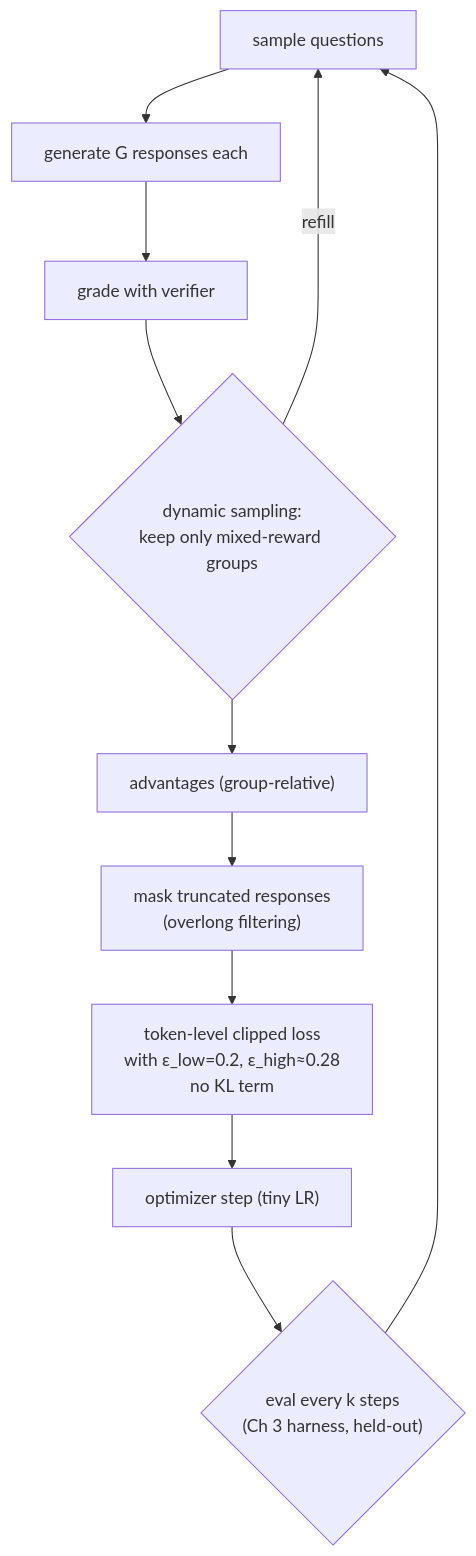
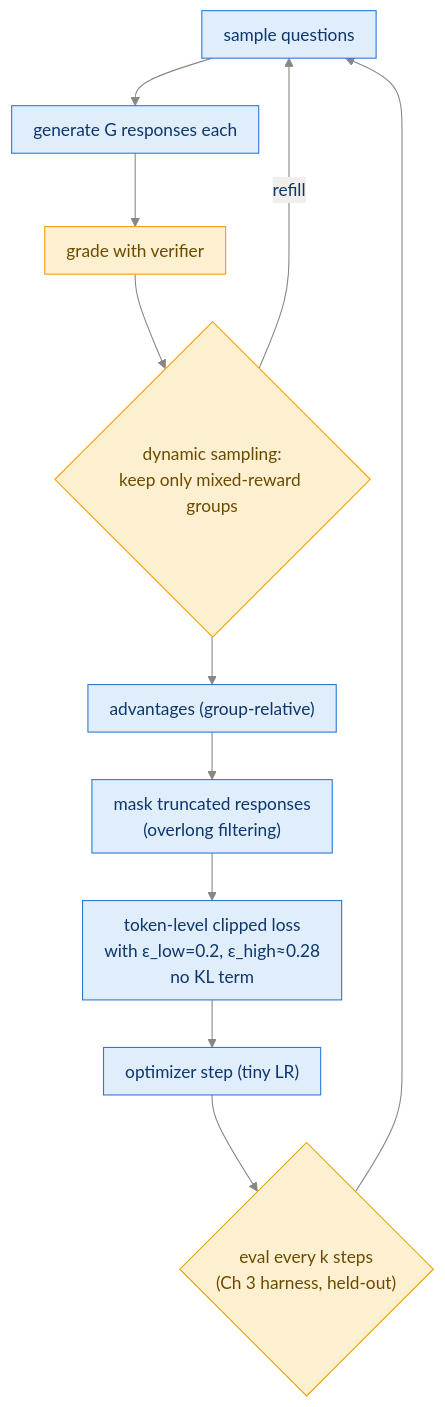
The fifth of 5 diagrams in study_guide/ch07_improving_grpo.md (sudhanshu-shivam-dev/reasoning_model_from_scratch), drawn with Mermaid before and after one commit. The commit also changed other lines of this file and 14 other files, not shown here.

First line of the commit message:
Restyle all 54 diagrams: consistent palette, semantic colors, better spacing

````diff
--- a/study_guide/ch07_improving_grpo.md
+++ b/study_guide/ch07_improving_grpo.md
@@ -187,13 +209,16 @@
 ```mermaid
+%%{init: {"theme":"base","themeVariables":{"primaryColor":"#e0edfb","primaryTextColor":"#0d366b","primaryBorderColor":"#2a78d6","lineColor":"#898781","textColor":"#52514e","edgeLabelBackground":"#f0efec","clusterBkg":"rgba(137,135,129,0.07)","clusterBorder":"#a9a7a0","titleColor":"#898781"},"flowchart":{"nodeSpacing":36,"rankSpacing":44,"curve":"basis","padding":10}}}%%
 flowchart TB
     A["sample questions"] --> B["generate G responses each"]
     B --> C["grade with verifier"]
     C --> D{"dynamic sampling:<br/>keep only mixed-reward groups"}
     D -->|refill| A
     D --> E["advantages (group-relative)"]
     E --> F["mask truncated responses<br/>(overlong filtering)"]
     F --> G["token-level clipped loss<br/>with ε_low=0.2, ε_high≈0.28<br/>no KL term"]
     G --> H["optimizer step (tiny LR)"]
     H --> I{"eval every k steps<br/>(Ch 3 harness, held-out)"}
     I --> A
+    classDef dec fill:#fdf0d1,stroke:#eda100,color:#6b4a00
+    class C,D,I dec
 ```
````
